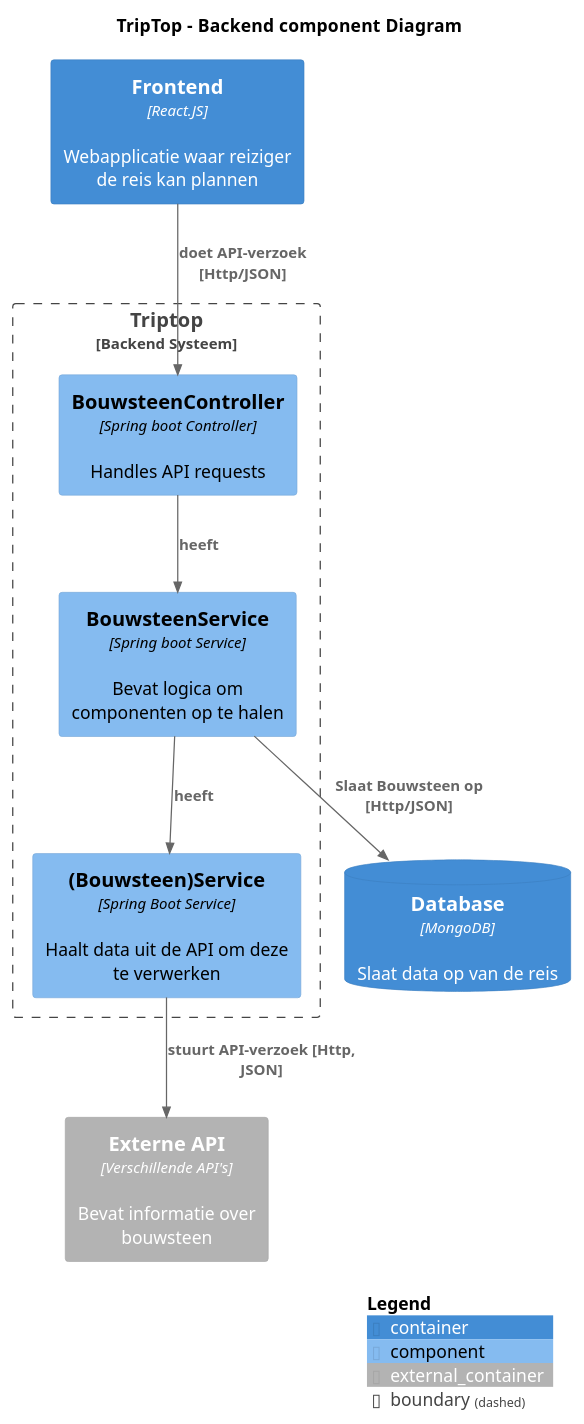
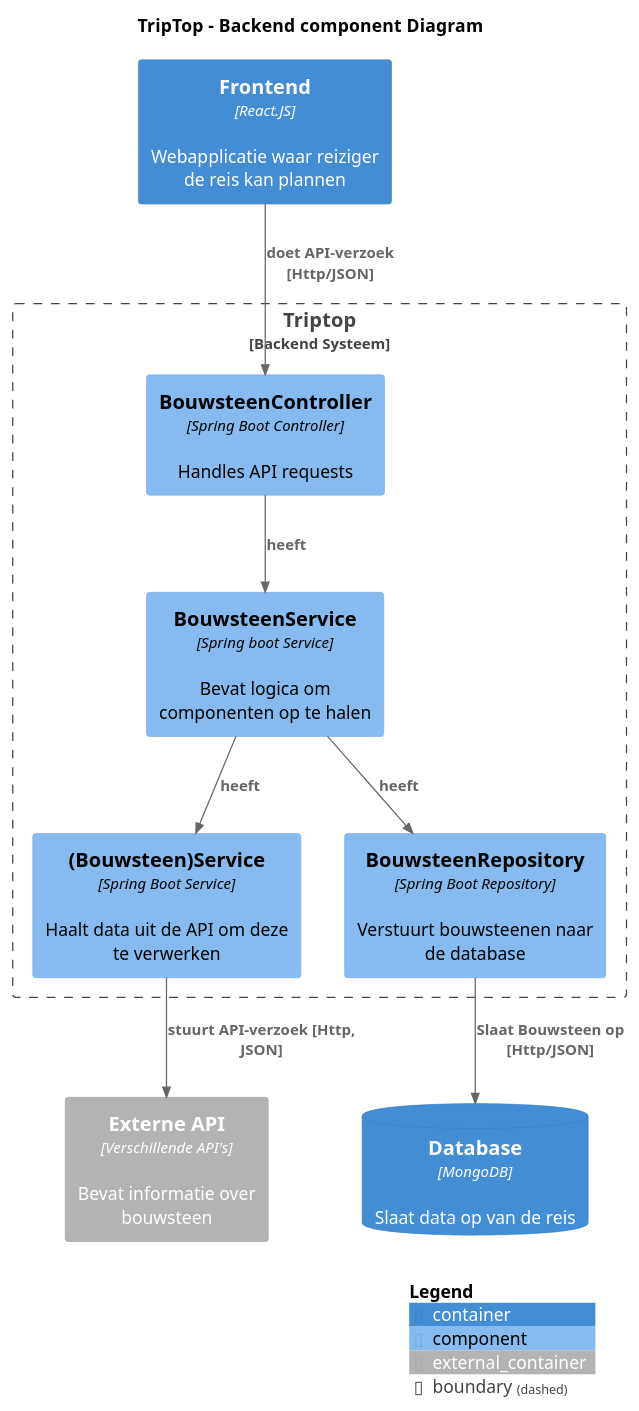
The diagram in individueel/diagram/component/Rianne-TripTopComponentDiagram.puml (AIM-ENE-feb25/triptop-groep-1-met-third-wheel), drawn with PlantUML before and after one commit. The commit also changed 1 other file, not shown here.

Commit message:
Repo toegevoegd
Repo toegevoegd aan containerdiagrammen

```diff
--- a/individueel/diagram/component/Rianne-TripTopComponentDiagram.puml
+++ b/individueel/diagram/component/Rianne-TripTopComponentDiagram.puml
@@ -1,23 +1,24 @@
 @startuml
 !include <C4/C4_Component>
 
 title TripTop -  Backend component Diagram
 Boundary(system, "Triptop", "Backend Systeem"){
     Component(service, "BouwsteenService", "Spring boot Service", "Bevat logica om componenten op te halen")
     Component(apiService, "(Bouwsteen)Service", "Spring Boot Service", "Haalt data uit de API om deze te verwerken")
-    Component(controller, "BouwsteenController","Spring boot Controller", "Handles API requests")
-
+    Component(controller, "BouwsteenController","Spring Boot Controller", "Handles API requests")
+    Component(repo, "BouwsteenRepository", Spring Boot Repository, "Verstuurt bouwsteenen naar de database")
 
 }
 
 
 Container(frontend, "Frontend", "React.JS", "Webapplicatie waar reiziger de reis kan plannen")
 ContainerDb(db, "Database", "MongoDB" ,Slaat data op van de reis)
 Container_Ext(api, "Externe API", "Verschillende API's", "Bevat informatie over bouwsteen")
-Rel(service, db, "Slaat Bouwsteen op [Http/JSON]")
+Rel(repo, db, "Slaat Bouwsteen op [Http/JSON]")
 Rel(frontend, controller, "doet API-verzoek [Http/JSON]")
 Rel(controller, service, "heeft")
 Rel(service, apiService, "heeft")
-Rel(apiService, api, "stuurt API-verzoek [Http, JSON] ")
+Rel(service, repo, "heeft")
+Rel(apiService, api, "stuurt API-verzoek [Http, JSON]")
 SHOW_LEGEND()
 @enduml
```
